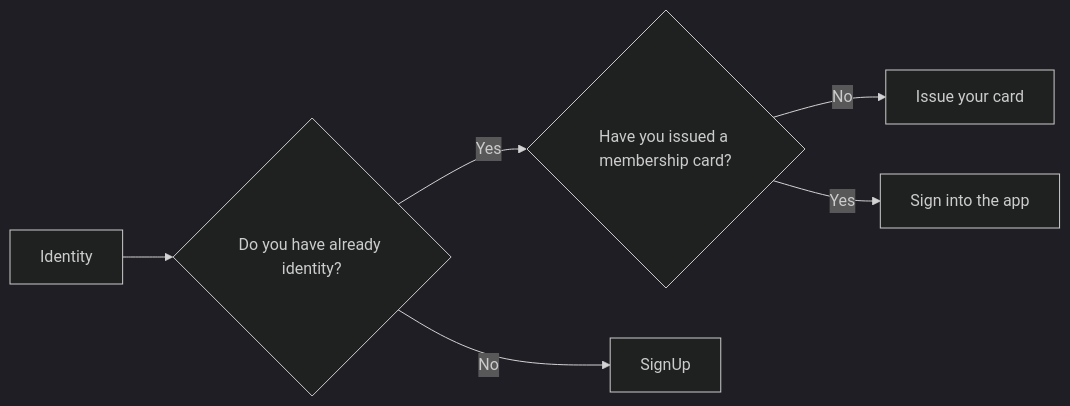
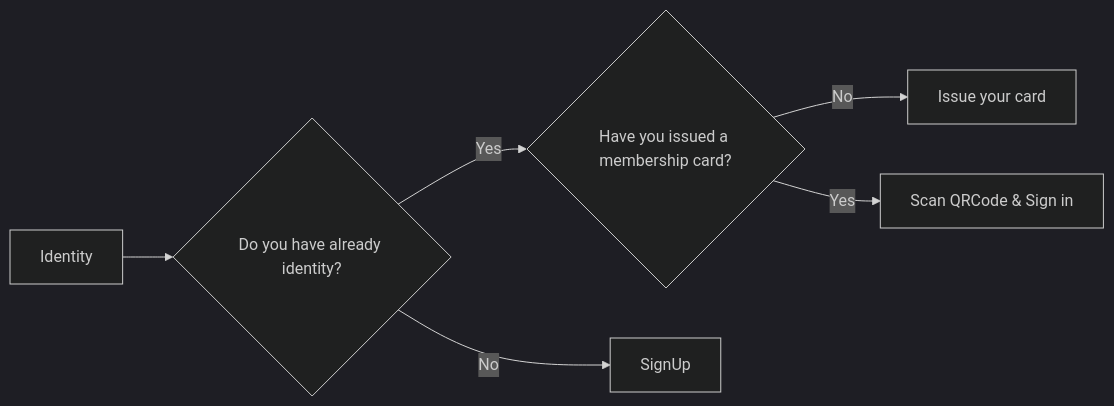
One commit to mortgageconsortium/mortgageconsortium.github.io changed the diagram in README.md. Above: the diagram before and after it, drawn with Mermaid (dark theme).

Commit message:
small correction

````diff
--- a/README.md
+++ b/README.md
@@ -158,10 +158,10 @@
   ```mermaid
 flowchart LR
     A[Identity] --> B{Do you have already identity?}
     B -- Yes --> C{Have you issued a membership card?}
     C -- No --> D[Issue your card]
-    C -- Yes --> E[Sign into the app]
+    C -- Yes --> E[Scan QRCode & Sign in]
     B -- No --> F[SignUp]
 click D "https://mconsissuer.azurewebsites.net" "Issue your card here"
-click D "https://app.consortium.mortgage" "Sign in"
+click E "https://app.consortium.mortgage" "Sign in"
 ```
````
